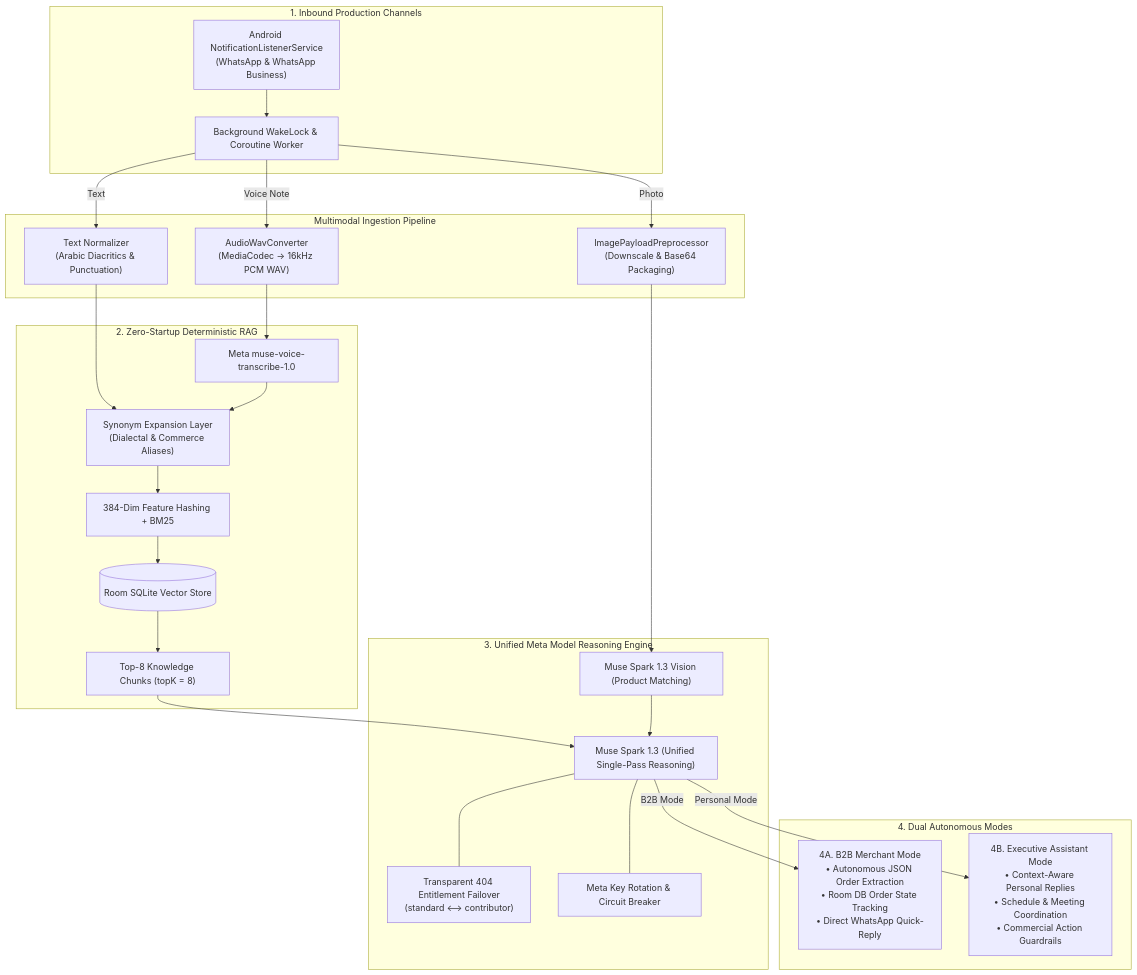
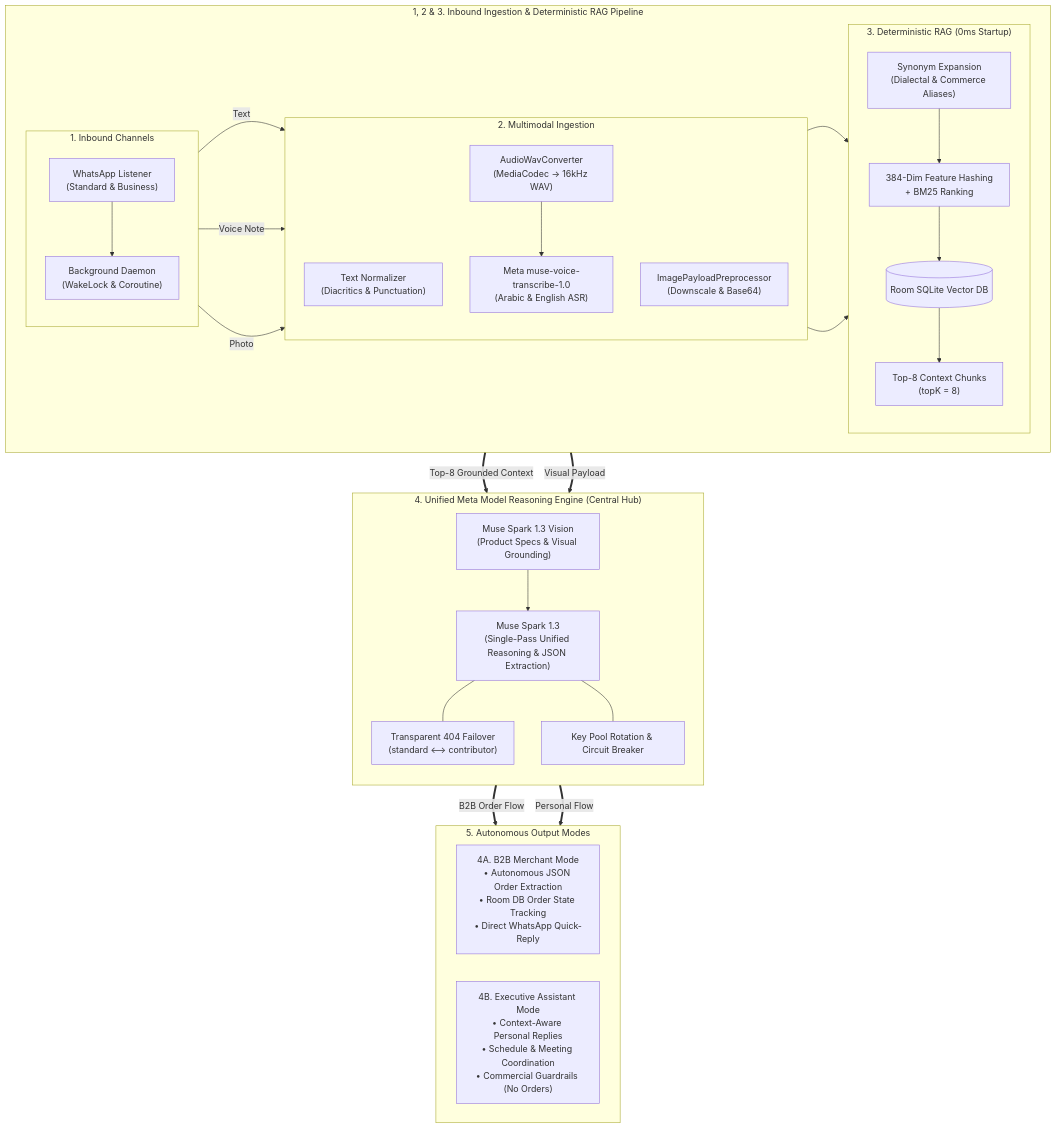
Before and after one commit to halim-eng1/persona-b2b-meta-hackathon: the diagram in README.md, drawn with Mermaid. The commit also changed other lines of this file, not shown here.

Commit message:
docs(readme): polish 3-tier mermaid architecture diagram and fix internal anchor jump

````diff
--- a/README.md
+++ b/README.md
@@ -24,50 +24,60 @@
 ```mermaid
-flowchart TD
-    subgraph Inbound["1. Inbound Production Channels"]
-        A["Android NotificationListenerService<br/>(WhatsApp & WhatsApp Business)"]
-        WL["Background WakeLock & Coroutine Worker"]
-        A --> WL
-    end
+flowchart TB
+    %% 1. Top Pipeline: Ingestion & Retrieval
+    subgraph TopPipeline ["1, 2 & 3. Inbound Ingestion & Deterministic RAG Pipeline"]
+        direction LR
+        
+        subgraph S1 ["1. Inbound Channels"]
+            direction TB
+            A["WhatsApp Listener<br/>(Standard & Business)"] --> WL["Background Daemon<br/>(WakeLock & Coroutine)"]
+        end
 
-    subgraph Preprocessing["Multimodal Ingestion Pipeline"]
-        T["Text Normalizer<br/>(Arabic Diacritics & Punctuation)"]
-        V["AudioWavConverter<br/>(MediaCodec -> 16kHz PCM WAV)"]
-        I["ImagePayloadPreprocessor<br/>(Downscale & Base64 Packaging)"]
+        subgraph S2 ["2. Multimodal Ingestion"]
+            direction TB
+            T["Text Normalizer<br/>(Diacritics & Punctuation)"]
+            V["AudioWavConverter<br/>(MediaCodec -> 16kHz WAV)"] --> ASR["Meta muse-voice-transcribe-1.0<br/>(Arabic & English ASR)"]
+            I["ImagePayloadPreprocessor<br/>(Downscale & Base64)"]
+        end
+
+        subgraph S3 ["3. Deterministic RAG (0ms Startup)"]
+            direction TB
+            SYN["Synonym Expansion<br/>(Dialectal & Commerce Aliases)"] --> HASH["384-Dim Feature Hashing<br/>+ BM25 Ranking"]
+            HASH --> ROOM[("Room SQLite Vector DB")]
+            ROOM --> TOP8["Top-8 Context Chunks<br/>(topK = 8)"]
+        end
+
         WL -->|Text| T
         WL -->|Voice Note| V
         WL -->|Photo| I
+        T --> SYN
+        ASR --> SYN
     end
 
-    subgraph RAG["2. Zero-Startup Deterministic RAG"]
-        ASR["Meta muse-voice-transcribe-1.0"]
-        V --> ASR
-        SYN["Synonym Expansion Layer<br/>(Dialectal & Commerce Aliases)"]
-        HASH["384-Dim Feature Hashing + BM25"]
-        ROOM[("Room SQLite Vector Store")]
-        TOP8["Top-8 Knowledge Chunks (topK = 8)"]
-
-        T --> SYN
-        ASR --> SYN
-        SYN --> HASH --> ROOM --> TOP8
-    end
-
-    subgraph Reasoning["3. Unified Meta Model Reasoning Engine"]
-        SPARK["Muse Spark 1.3 (Unified Single-Pass Reasoning)"]
-        VISION["Muse Spark 1.3 Vision (Product Matching)"]
-        FAILOVER["Transparent 404 Entitlement Failover<br/>(standard &lt;--&gt; contributor)"]
-        KEYS["Meta Key Rotation & Circuit Breaker"]
+    %% 2. Central Hub: Meta Model Reasoning Engine
+    subgraph S4 ["4. Unified Meta Model Reasoning Engine (Central Hub)"]
+        direction TB
+        SPARK["Muse Spark 1.3<br/>(Single-Pass Unified Reasoning & JSON Extraction)"]
+        VISION["Muse Spark 1.3 Vision<br/>(Product Specs & Visual Grounding)"]
+        FAIL["Transparent 404 Failover<br/>(standard &lt;--&gt; contributor)"]
+        KEYS["Key Pool Rotation & Circuit Breaker"]
         
-        TOP8 --> SPARK
-        I --> VISION --> SPARK
-        SPARK --- FAILOVER
+        VISION --> SPARK
+        SPARK --- FAIL
         SPARK --- KEYS
     end
 
-    subgraph Execution["4. Dual Autonomous Modes"]
+    %% 3. Bottom Execution: Dual Modes
+    subgraph BottomPipeline ["5. Autonomous Output Modes"]
+        direction LR
         B2B["4A. B2B Merchant Mode<br/>• Autonomous JSON Order Extraction<br/>• Room DB Order State Tracking<br/>• Direct WhatsApp Quick-Reply"]
-        EXEC["4B. Executive Assistant Mode<br/>• Context-Aware Personal Replies<br/>• Schedule & Meeting Coordination<br/>• Commercial Action Guardrails"]
-        
-        SPARK -->|B2B Mode| B2B
-        SPARK -->|Personal Mode| EXEC
+        EXEC["4B. Executive Assistant Mode<br/>• Context-Aware Personal Replies<br/>• Schedule & Meeting Coordination<br/>• Commercial Guardrails (No Orders)"]
     end
+
+    %% Connecting Top to Center
+    TOP8 ==>|Top-8 Grounded Context| SPARK
+    I ==>|Visual Payload| VISION
+
+    %% Connecting Center to Bottom
+    SPARK ==>|B2B Order Flow| B2B
+    SPARK ==>|Personal Flow| EXEC
 ```
````
